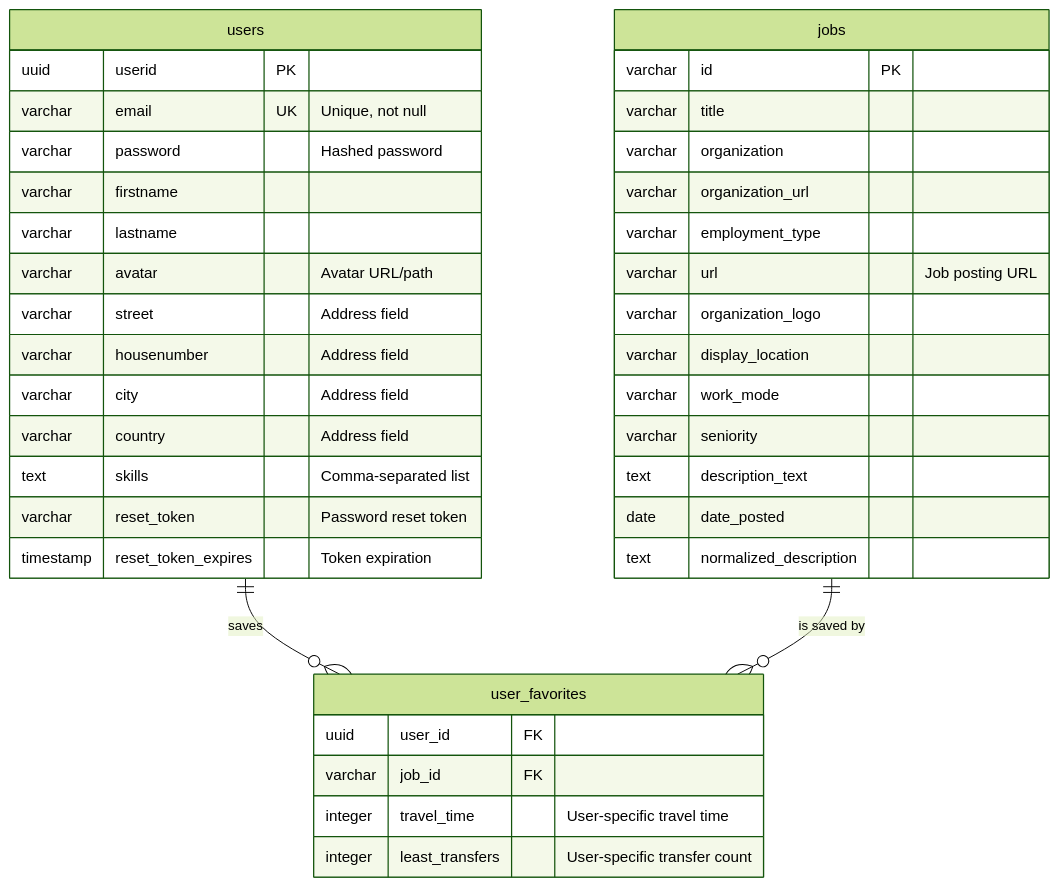
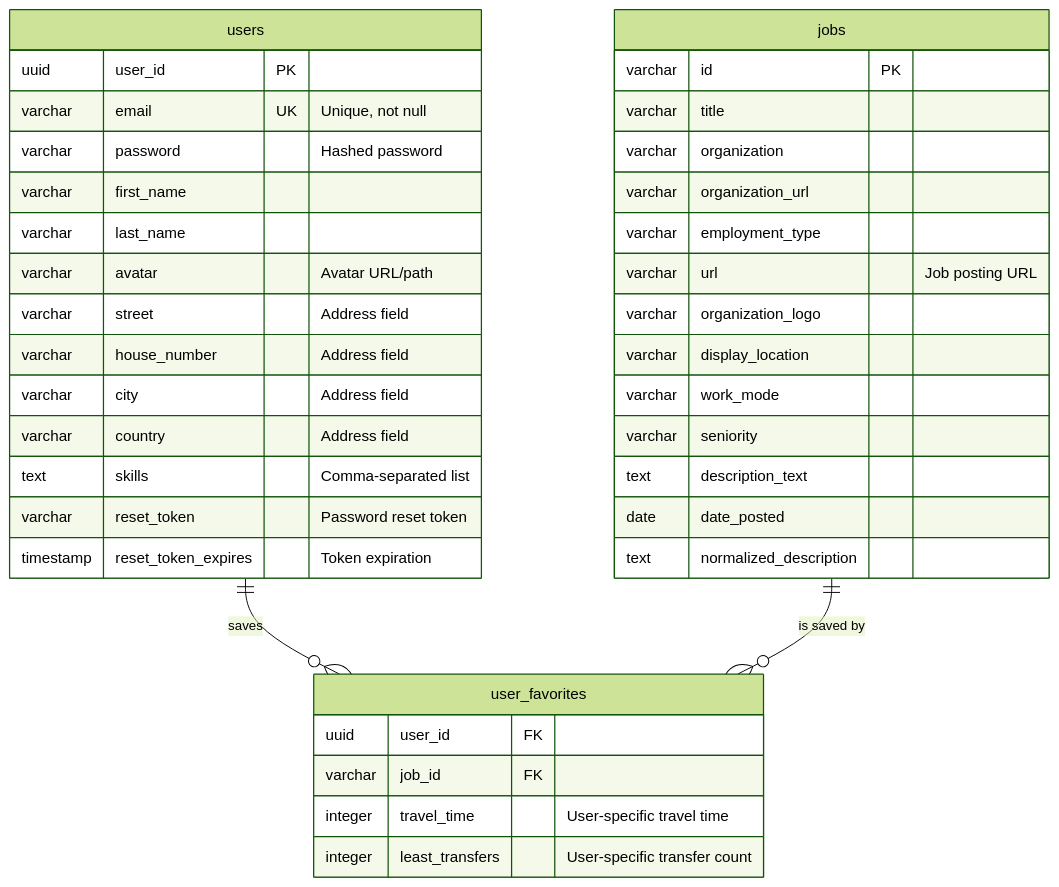
Before and after one commit to YahyaAl-Ademi/2025.10.23-JobCompass: the diagram in documentation/ERD-antigravity.md, drawn with Mermaid (forest theme). The commit also changed 24 other files, not shown here.

````diff
--- a/documentation/ERD-antigravity.md
+++ b/documentation/ERD-antigravity.md
@@ -5,44 +5,44 @@
 ```mermaid
 erDiagram
     users ||--o{ user_favorites : "saves"
     jobs ||--o{ user_favorites : "is saved by"
 
     users {
-        uuid userid PK
+        uuid user_id PK
         varchar email UK "Unique, not null"
         varchar password "Hashed password"
-        varchar firstname
-        varchar lastname
+        varchar first_name
+        varchar last_name
         varchar avatar "Avatar URL/path"
         varchar street "Address field"
-        varchar housenumber "Address field"
+        varchar house_number "Address field"
         varchar city "Address field"
         varchar country "Address field"
         text skills "Comma-separated list"
         varchar reset_token "Password reset token"
         timestamp reset_token_expires "Token expiration"
     }
 
     jobs {
         varchar id PK
         varchar title
         varchar organization
         varchar organization_url
         varchar employment_type
         varchar url "Job posting URL"
         varchar organization_logo
         varchar display_location
         varchar work_mode
         varchar seniority
         text description_text
         date date_posted
         text normalized_description
     }
 
     user_favorites {
         uuid user_id FK
         varchar job_id FK
         integer travel_time "User-specific travel time"
         integer least_transfers "User-specific transfer count"
     }
 ```
````
